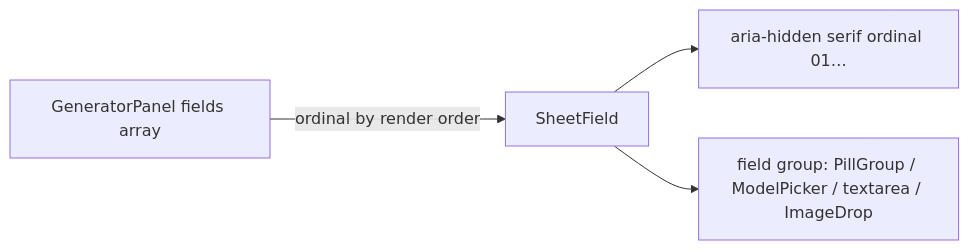
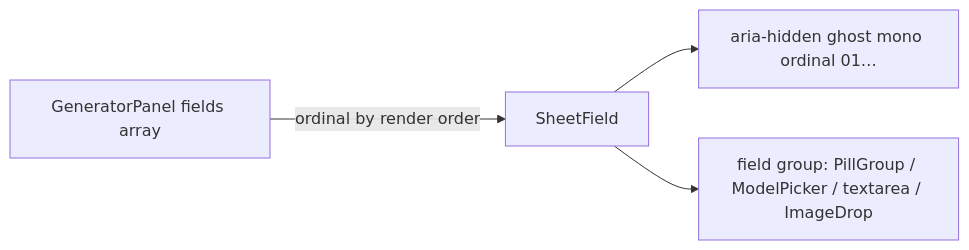
Before and after one commit to AzamatRaimbekov2/openCreate: the diagram in apps/web/src/modules/Generator/components/SheetField.tsx.md, drawn with Mermaid. The commit also changed other lines of this file and 99 other files, not shown here.

````diff
--- a/apps/web/src/modules/Generator/components/SheetField.tsx.md
+++ b/apps/web/src/modules/Generator/components/SheetField.tsx.md
@@ -29,6 +30,6 @@
 ```mermaid
 flowchart LR
   GP[GeneratorPanel fields array] -->|ordinal by render order| SF[SheetField]
-  SF --> ORD[aria-hidden serif ordinal 01…]
+  SF --> ORD[aria-hidden ghost mono ordinal 01…]
   SF --> CNT[field group: PillGroup / ModelPicker / textarea / ImageDrop]
 ```
````
